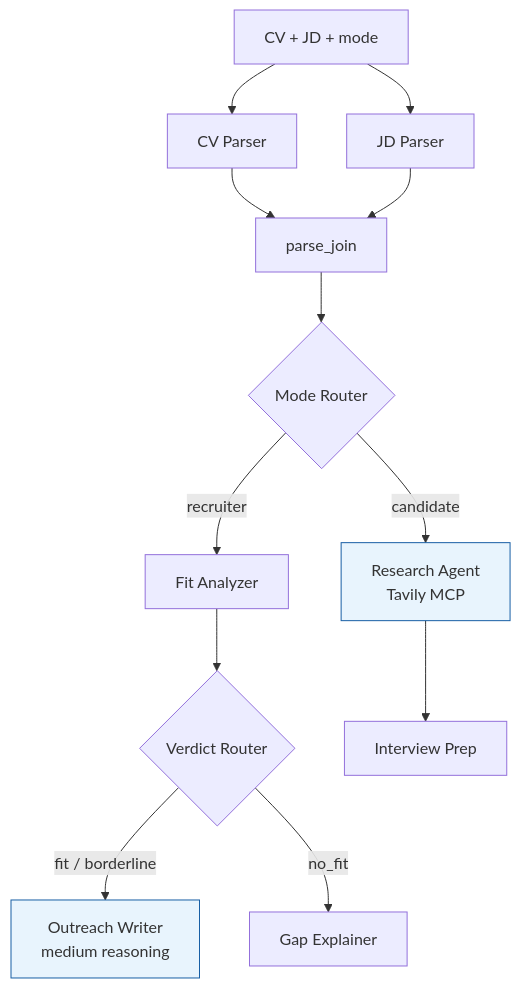
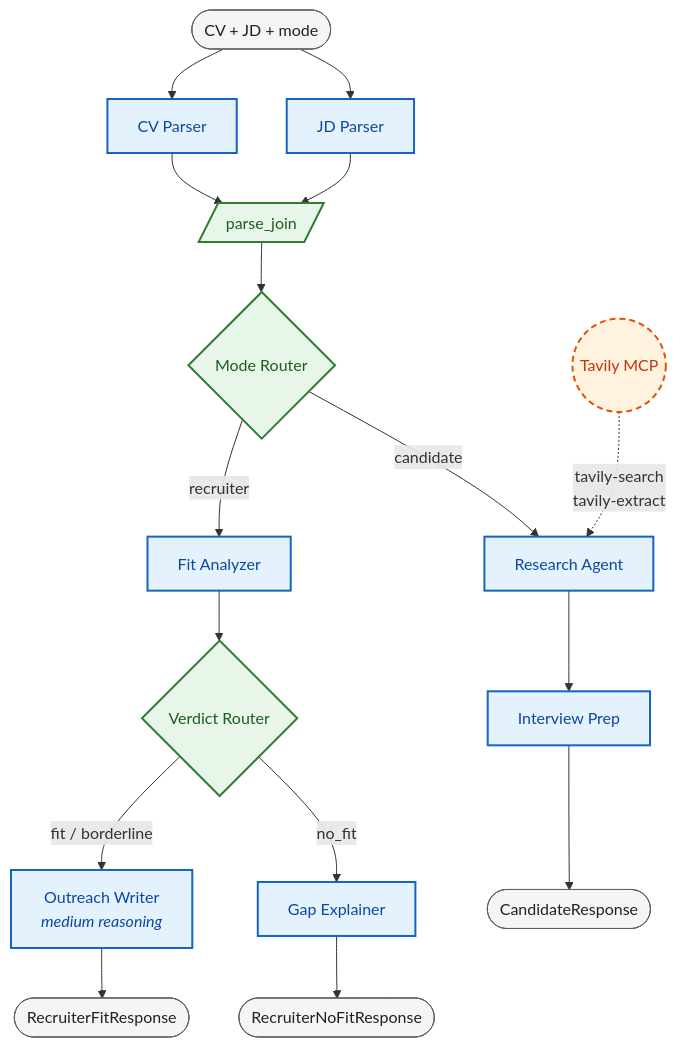
Before and after one commit to Naji-Najari/career-copilot: the diagram in README.md, drawn with Mermaid. The commit also changed other lines of this file and 1 other file, not shown here.

Commit message:
feat(docs): update README with enhanced mermaid flowcharts for CV and JD processing

````diff
--- a/README.md
+++ b/README.md
@@ -38,20 +38,31 @@
 ```mermaid
 flowchart TD
-    A["CV + JD + mode"] --> B1[CV Parser]
-    A --> B2[JD Parser]
-    B1 --> J1[parse_join]
-    B2 --> J1
-    J1 --> C{Mode Router}
+    IN(["CV + JD + mode"]):::io
 
-    C -->|recruiter| D[Fit Analyzer]
-    C -->|candidate| E["Research Agent<br/>Tavily MCP"]
+    IN --> CV[CV Parser]:::agent
+    IN --> JD[JD Parser]:::agent
+    CV --> PJ[/parse_join/]:::code
+    JD --> PJ
+    PJ --> MR{Mode Router}:::code
 
-    D --> F{Verdict Router}
-    F -->|fit / borderline| G["Outreach Writer<br/>medium reasoning"]
-    F -->|no_fit| H[Gap Explainer]
+    MR -- recruiter --> FA[Fit Analyzer]:::agent
+    MR -- candidate --> RA[Research Agent]:::agent
 
-    E --> I[Interview Prep]
+    FA --> VR{Verdict Router}:::code
+    VR -- fit / borderline --> OW["Outreach Writer<br/><i>medium reasoning</i>"]:::agent
+    VR -- no_fit --> GE[Gap Explainer]:::agent
 
-    style G fill:#e8f4fd,stroke:#185FA5
-    style E fill:#e8f4fd,stroke:#185FA5
+    RA --> IP[Interview Prep]:::agent
+
+    TV((Tavily MCP)):::tool
+    TV -. tavily-search<br/>tavily-extract .-> RA
+
+    OW --> OUT1(["RecruiterFitResponse"]):::io
+    GE --> OUT2(["RecruiterNoFitResponse"]):::io
+    IP --> OUT3(["CandidateResponse"]):::io
+
+    classDef agent fill:#E3F2FD,stroke:#1565C0,stroke-width:2px,color:#0D47A1
+    classDef code fill:#E8F5E9,stroke:#2E7D32,stroke-width:2px,color:#1B5E20
+    classDef tool fill:#FFF3E0,stroke:#E65100,stroke-width:2px,stroke-dasharray:6 4,color:#BF360C
+    classDef io fill:#F5F5F5,stroke:#616161,stroke-width:1px,color:#212121
 ```
````
